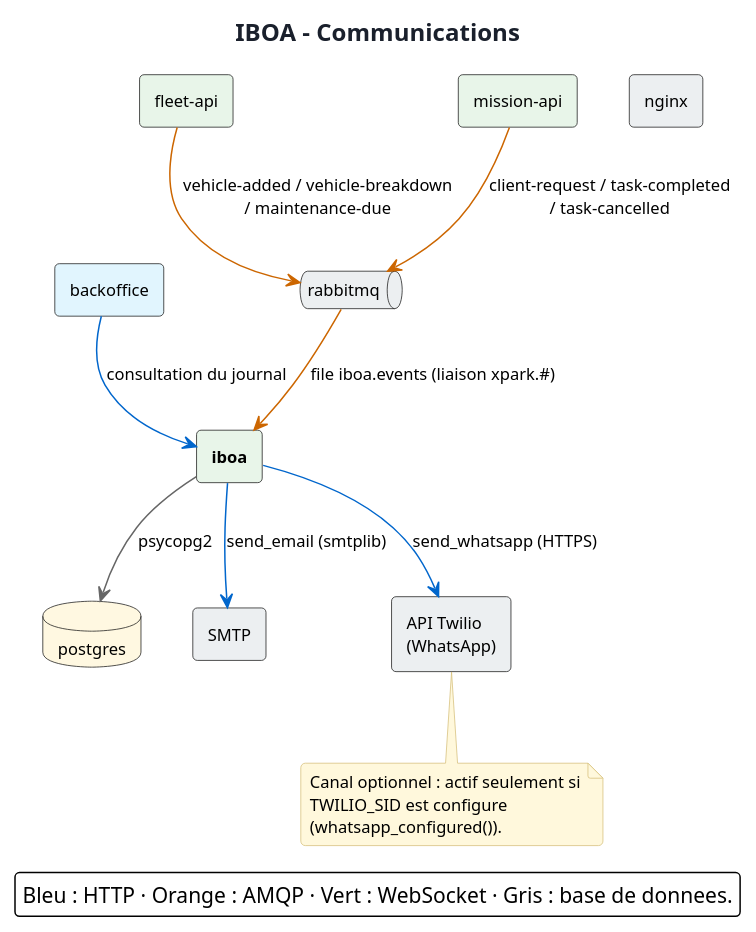
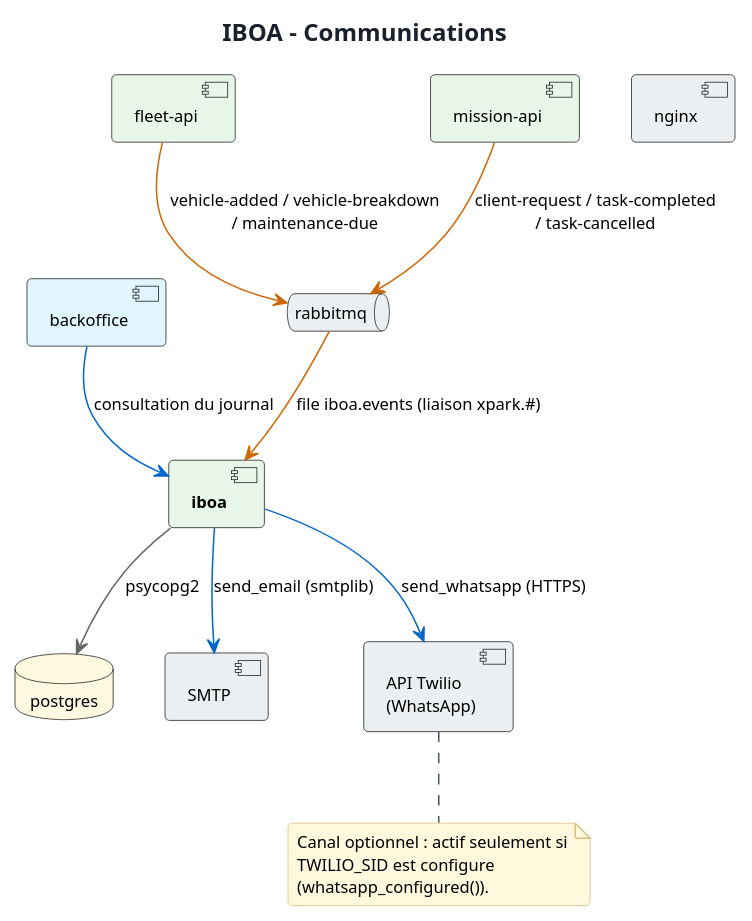
Before and after one commit to saber-barhoumi/Xpark-gmao: the diagram in docs/diagrams/microservices/IBOA/IBOA-communication.puml, drawn with PlantUML. The commit also changed 192 other files, not shown here.

First line of the commit message:
docs(uml): mise aux normes academiques des diagrammes des microservices

```diff
--- a/docs/diagrams/microservices/IBOA/IBOA-communication.puml
+++ b/docs/diagrams/microservices/IBOA/IBOA-communication.puml
@@ -1,46 +1,43 @@
 @startuml
+skinparam style strictuml
 skinparam backgroundColor #FFFFFF
 skinparam shadowing false
 skinparam defaultFontName Verdana
 skinparam defaultFontSize 11
 skinparam roundCorner 6
 skinparam ArrowColor #4A5568
 skinparam TitleFontSize 16
 skinparam TitleFontColor #1A202C
 skinparam NoteBackgroundColor #FFF8DC
 skinparam NoteBorderColor #D6BF7A
 skinparam componentStyle rectangle
 
 title IBOA - Communications
 
 skinparam componentStyle rectangle
 
 component "**iboa**" as ME #E8F5E9
 
 component "backoffice" as BO #E1F5FE
 component "nginx" as GWc #ECEFF1
 database "postgres" as PG #FFF8E1
 queue "rabbitmq" as MQ #ECEFF1
 
 component "fleet-api" as FL #E8F5E9
 component "mission-api" as MS #E8F5E9
 FL -[#CC6600]-> MQ : vehicle-added / vehicle-breakdown\n/ maintenance-due
 MS -[#CC6600]-> MQ : client-request / task-completed\n/ task-cancelled
 MQ -[#CC6600]-> ME : file iboa.events (liaison xpark.#)
 ME -[#666666]-> PG : psycopg2
 BO -[#0066CC]-> ME : consultation du journal
 component "SMTP" as SM #ECEFF1
 component "API Twilio\n(WhatsApp)" as TW #ECEFF1
 ME -[#0066CC]-> SM : send_email (smtplib)
 ME -[#0066CC]-> TW : send_whatsapp (HTTPS)
 note bottom of TW
   Canal optionnel : actif seulement si
   TWILIO_SID est configure
   (whatsapp_configured()).
 end note
 
-legend right
-Bleu : HTTP · Orange : AMQP · Vert : WebSocket · Gris : base de donnees.
-endlegend
-
 @enduml
```
